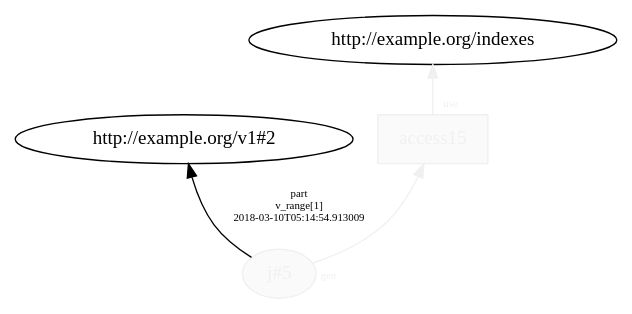
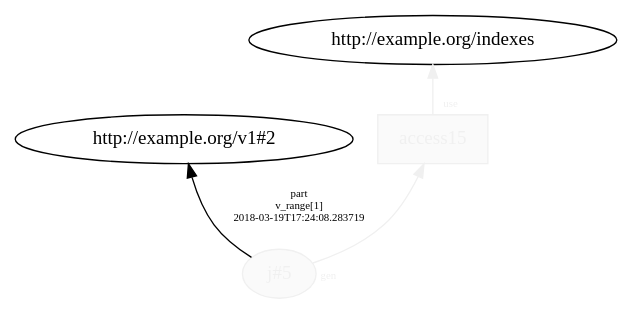
Before and after one commit to dew-uff/versioned-prov: the diagram in generated/mutable_prov/temp/L17__loop_access_5.dot, drawn with Graphviz. The commit also changed 1178 other files, not shown here.

```diff
--- a/generated/mutable_prov/temp/L17__loop_access_5.dot
+++ b/generated/mutable_prov/temp/L17__loop_access_5.dot
@@ -1,9 +1,9 @@
 digraph "PROV" { size="16,12"; rankdir="BT";
 "http://example.org/j#5" [fillcolor="#FAFAFA",color="#F0F0F0",style="filled",fontcolor="#F0F0F0",label="j#5",URL="http://example.org/j#5"]
 "http://example.org/j#5" -> "http://example.org/v1#2" [fontsize="8",distance="1.5",angle="60.0",rotation="20",label="part
 v_range[1]
-2018-03-10T05:14:54.913009"]
+2018-03-19T17:24:08.283719"]
 "http://example.org/access15" [fillcolor="#FAFAFA",color="#F0F0F0",shape="polygon",sides="4",style="filled",fontcolor="#F0F0F0",label="access15",URL="http://example.org/access15"]
 "http://example.org/access15" -> "http://example.org/indexes" [labelfontsize="8",labeldistance="1.5",labelangle="60.0",rotation="20",taillabel="use",fontcolor="#F0F0F0",color="#F0F0F0"]
 "http://example.org/j#5" -> "http://example.org/access15" [labelfontsize="8",labeldistance="1.5",labelangle="60.0",rotation="20",taillabel="gen",fontcolor="#F0F0F0",color="#F0F0F0"]
 }
```
